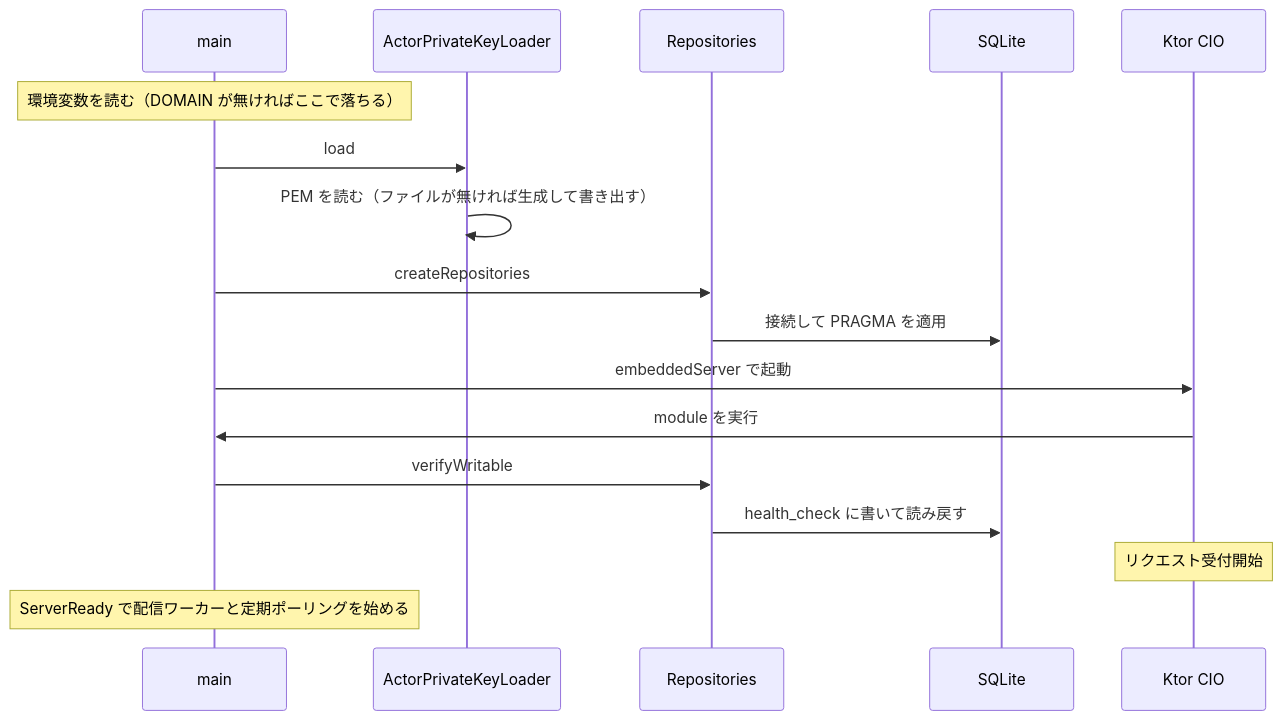
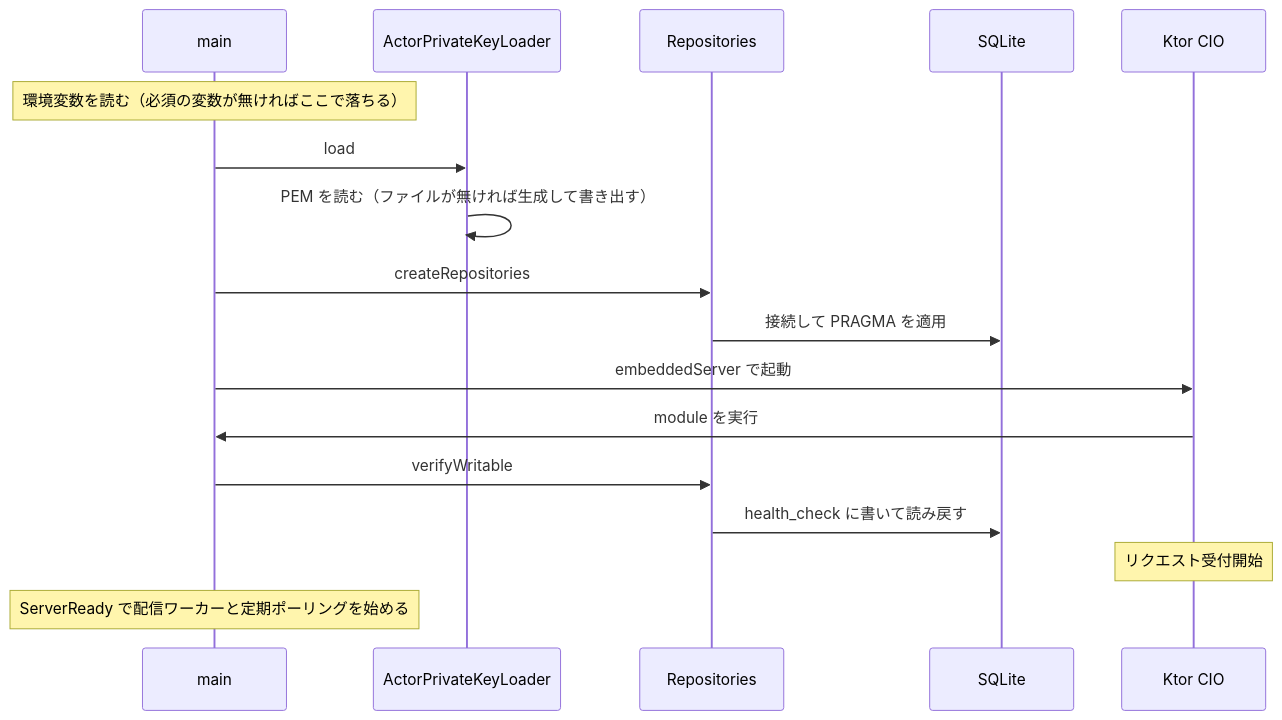
Before and after one commit to matsudamper/mastodon-rss: the second of 2 diagrams in docs/architecture.md, drawn with Mermaid. The commit also changed 12 other files, not shown here.

````diff
--- a/docs/architecture.md
+++ b/docs/architecture.md
@@ -414,20 +414,20 @@
 ```mermaid
 sequenceDiagram
     participant M as main
     participant A as ActorPrivateKeyLoader
     participant R as Repositories
     participant DB as SQLite
     participant K as Ktor CIO
 
-    Note over M: 環境変数を読む（DOMAIN が無ければここで落ちる）
+    Note over M: 環境変数を読む（必須の変数が無ければここで落ちる）
     M->>A: load
     A->>A: PEM を読む（ファイルが無ければ生成して書き出す）
     M->>R: createRepositories
     R->>DB: 接続して PRAGMA を適用
     M->>K: embeddedServer で起動
     K->>M: module を実行
     M->>R: verifyWritable
     R->>DB: health_check に書いて読み戻す
     Note over K: リクエスト受付開始
     Note over M: ServerReady で配信ワーカーと定期ポーリングを始める
 ```
````
